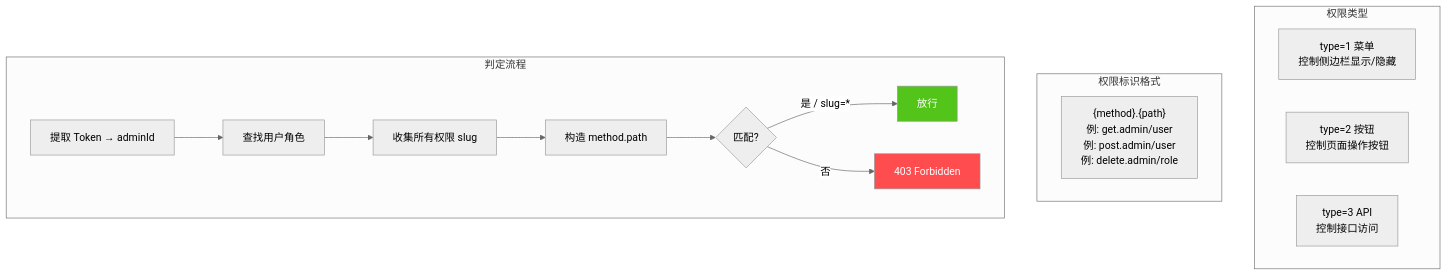
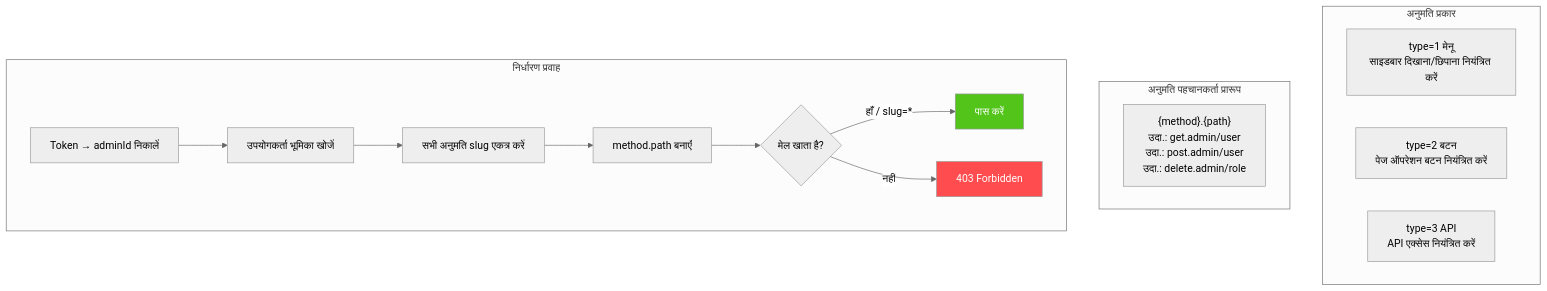
One commit to erikwang2013/game-platform-php changed the sixth of 14 diagrams in admin/docs/ARCHITECTURE.hi.md. Above: the diagram before and after it, drawn with Mermaid (neutral theme). The commit also changed other lines of this file and 211 other files, not shown here.

First line of the commit message:
fix: 支付配置读回类型根治、提现事件对账巡检，12 语族 mermaid 与 API 标签本地化

````diff
--- a/admin/docs/ARCHITECTURE.hi.md
+++ b/admin/docs/ARCHITECTURE.hi.md
@@ -322,32 +322,32 @@
 ```mermaid
 flowchart TD
-    subgraph "权限类型"
-        T1["type=1 菜单<br/>控制侧边栏显示/隐藏"]
-        T2["type=2 按钮<br/>控制页面操作按钮"]
-        T3["type=3 API<br/>控制接口访问"]
+    subgraph "अनुमति प्रकार"
+        T1["type=1 मेनू<br/>साइडबार दिखाना/छिपाना नियंत्रित करें"]
+        T2["type=2 बटन<br/>पेज ऑपरेशन बटन नियंत्रित करें"]
+        T3["type=3 API<br/>API एक्सेस नियंत्रित करें"]
     end
 
-    subgraph "权限标识格式"
-        F1["{method}.{path}<br/>例: get.admin/user<br/>例: post.admin/user<br/>例: delete.admin/role"]
+    subgraph "अनुमति पहचानकर्ता प्रारूप"
+        F1["{method}.{path}<br/>उदा.: get.admin/user<br/>उदा.: post.admin/user<br/>उदा.: delete.admin/role"]
     end
 
-    subgraph "判定流程"
-        J1["提取 Token → adminId"]
-        J2["查找用户角色"]
-        J3["收集所有权限 slug"]
-        J4["构造 method.path"]
-        J5{"匹配?"}
-        J6["放行"]
+    subgraph "निर्धारण प्रवाह"
+        J1["Token → adminId निकालें"]
+        J2["उपयोगकर्ता भूमिका खोजें"]
+        J3["सभी अनुमति slug एकत्र करें"]
+        J4["method.path बनाएँ"]
+        J5{"मेल खाता है?"}
+        J6["पास करें"]
         J7["403 Forbidden"]
 
         J1 --> J2
         J2 --> J3
         J3 --> J4
         J4 --> J5
-        J5 -->|"是 / slug=*"| J6
-        J5 -->|否| J7
+        J5 -->|"हाँ / slug=*"| J6
+        J5 -->|नहीं| J7
     end
 
     style J6 fill:#52C41A,color:#fff
     style J7 fill:#FF4D4F,color:#fff
 ```
````
